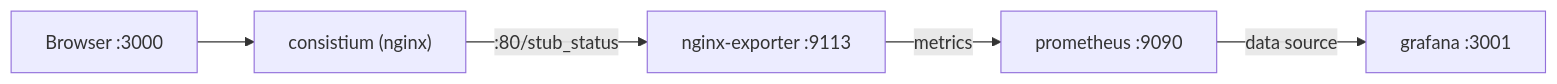
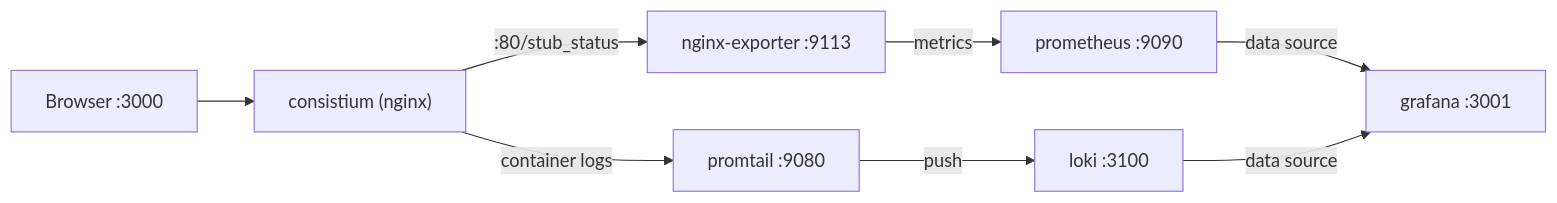
Before and after one commit to Kalpanapramodya97/consistium: the first of 3 diagrams in docs/devops/docker-setup.md, drawn with Mermaid. The commit also changed other lines of this file and 1 other file, not shown here.

````diff
--- a/docs/devops/docker-setup.md
+++ b/docs/devops/docker-setup.md
@@ -129,7 +129,10 @@
 ```mermaid
 graph LR
     A["Browser :3000"] --> B["consistium (nginx)"]
     B -->|":80/stub_status"| C["nginx-exporter :9113"]
     C -->|"metrics"| D["prometheus :9090"]
     D -->|"data source"| E["grafana :3001"]
+    B -->|"container logs"| F["promtail :9080"]
+    F -->|"push"| G["loki :3100"]
+    G -->|"data source"| E
 ```
````
